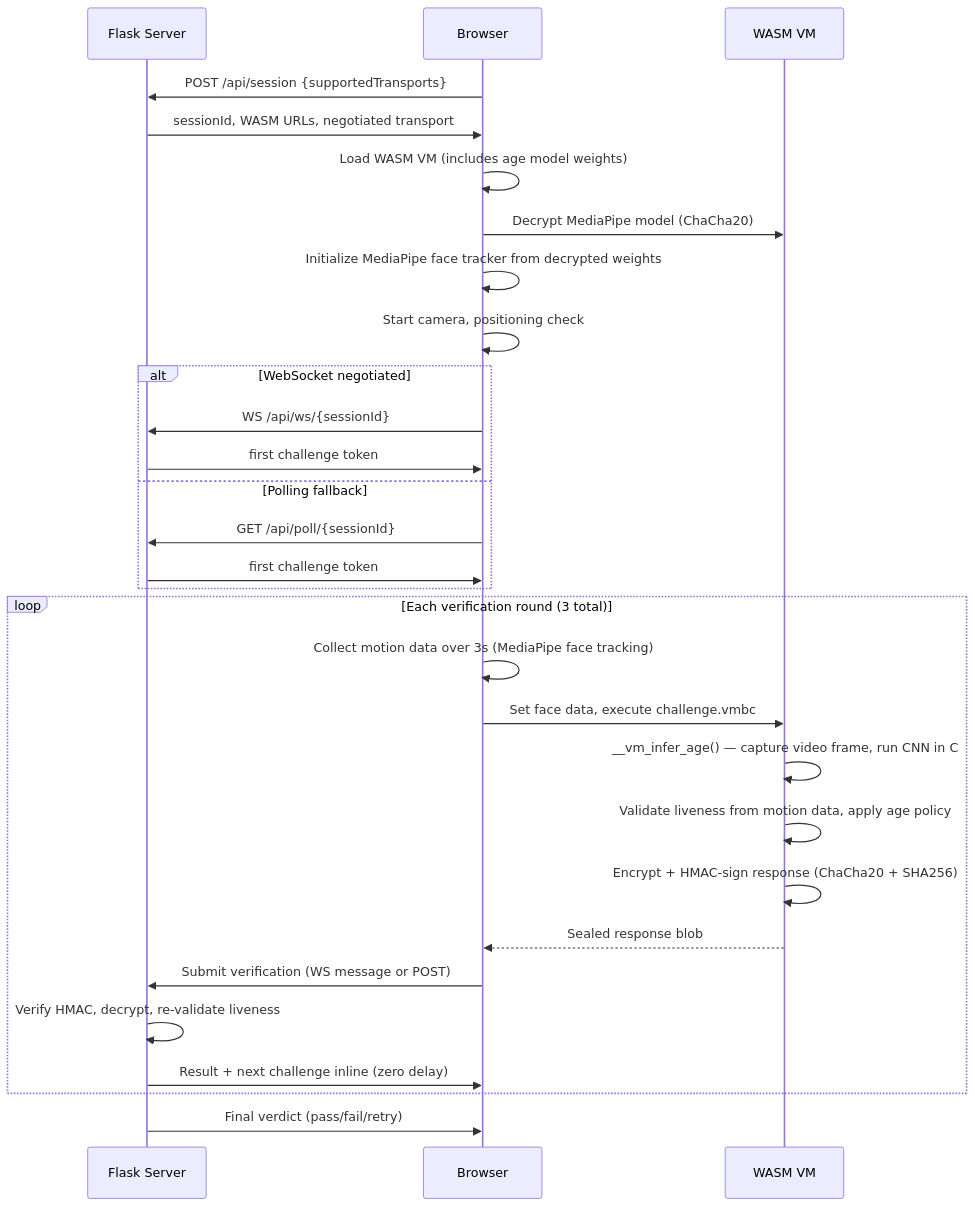
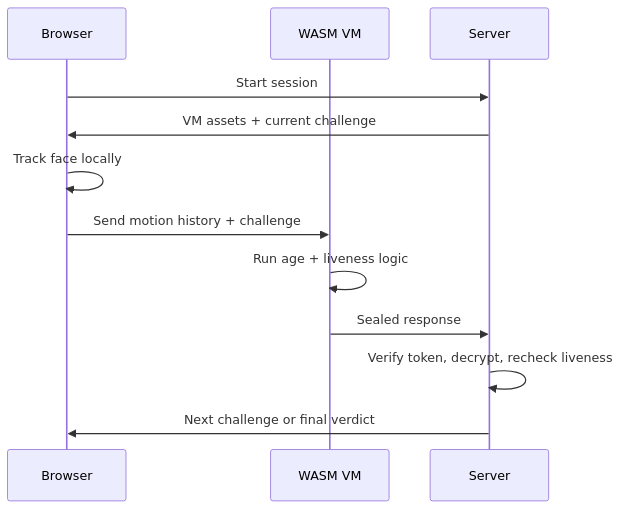
One commit to tn3w/OpenAge changed the third of 3 diagrams in README.md. Above: the diagram before and after it, drawn with Mermaid. The commit also changed other lines of this file and 9 other files, not shown here.

First line of the commit message:
Refactor age estimation logic and improve error handling

````diff
--- a/README.md
+++ b/README.md
@@ -18,36 +78,15 @@
 ```mermaid
 sequenceDiagram
-    participant S as Flask Server
     participant B as Browser
-    participant W as WASM VM
+    participant V as WASM VM
+    participant S as Server
 
-    B->>S: POST /api/session {supportedTransports}
-    S->>B: sessionId, WASM URLs, negotiated transport
-
-    B->>B: Load WASM VM (includes age model weights)
-    B->>W: Decrypt MediaPipe model (ChaCha20)
-    B->>B: Initialize MediaPipe face tracker from decrypted weights
-    B->>B: Start camera, positioning check
-
-    alt WebSocket negotiated
-        B->>S: WS /api/ws/{sessionId}
-        S->>B: first challenge token
-    else Polling fallback
-        B->>S: GET /api/poll/{sessionId}
-        S->>B: first challenge token
-    end
-
-    loop Each verification round (3 total)
-        B->>B: Collect motion data over 3s (MediaPipe face tracking)
-        B->>W: Set face data, execute challenge.vmbc
-        W->>W: __vm_infer_age() — capture video frame, run CNN in C
-        W->>W: Validate liveness from motion data, apply age policy
-        W->>W: Encrypt + HMAC-sign response (ChaCha20 + SHA256)
-        W-->>B: Sealed response blob
-        B->>S: Submit verification (WS message or POST)
-        S->>S: Verify HMAC, decrypt, re-validate liveness
-        S->>B: Result + next challenge inline (zero delay)
-    end
-
-    S->>B: Final verdict (pass/fail/retry)
+    B->>S: Start session
+    S->>B: VM assets + current challenge
+    B->>B: Track face locally
+    B->>V: Send motion history + challenge
+    V->>V: Run age + liveness logic
+    V->>S: Sealed response
+    S->>S: Verify token, decrypt, recheck liveness
+    S->>B: Next challenge or final verdict
 ```
````
